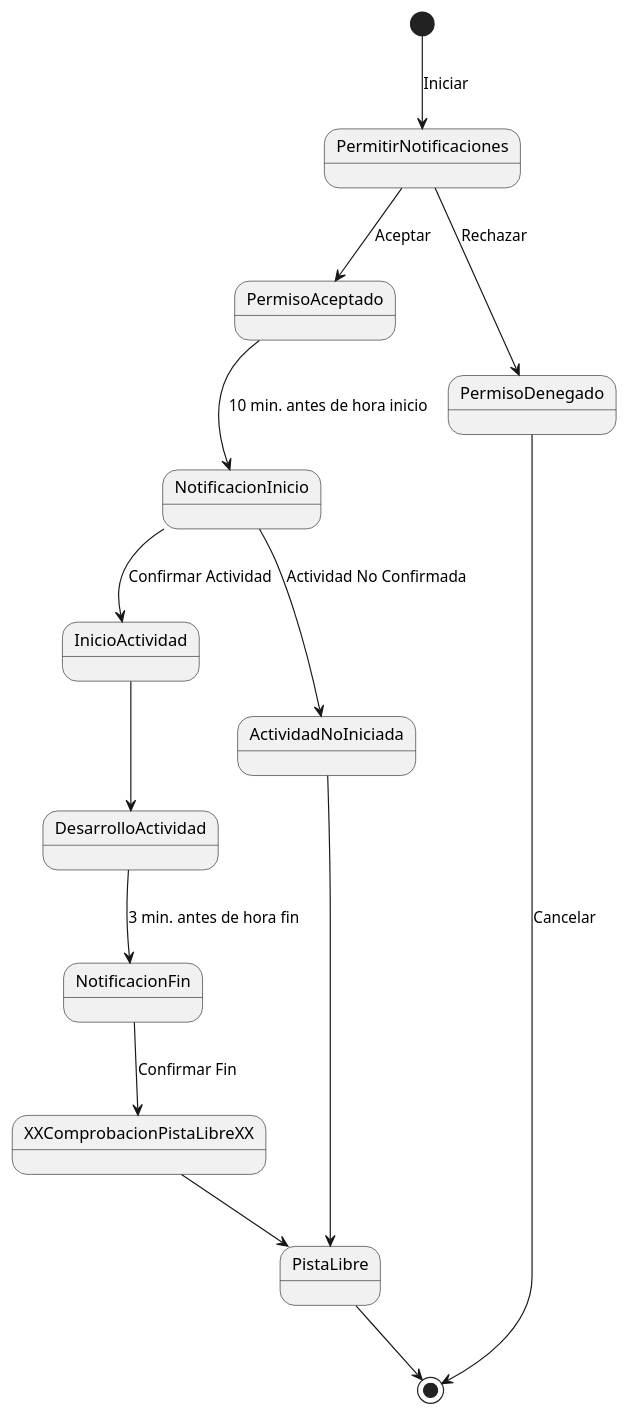
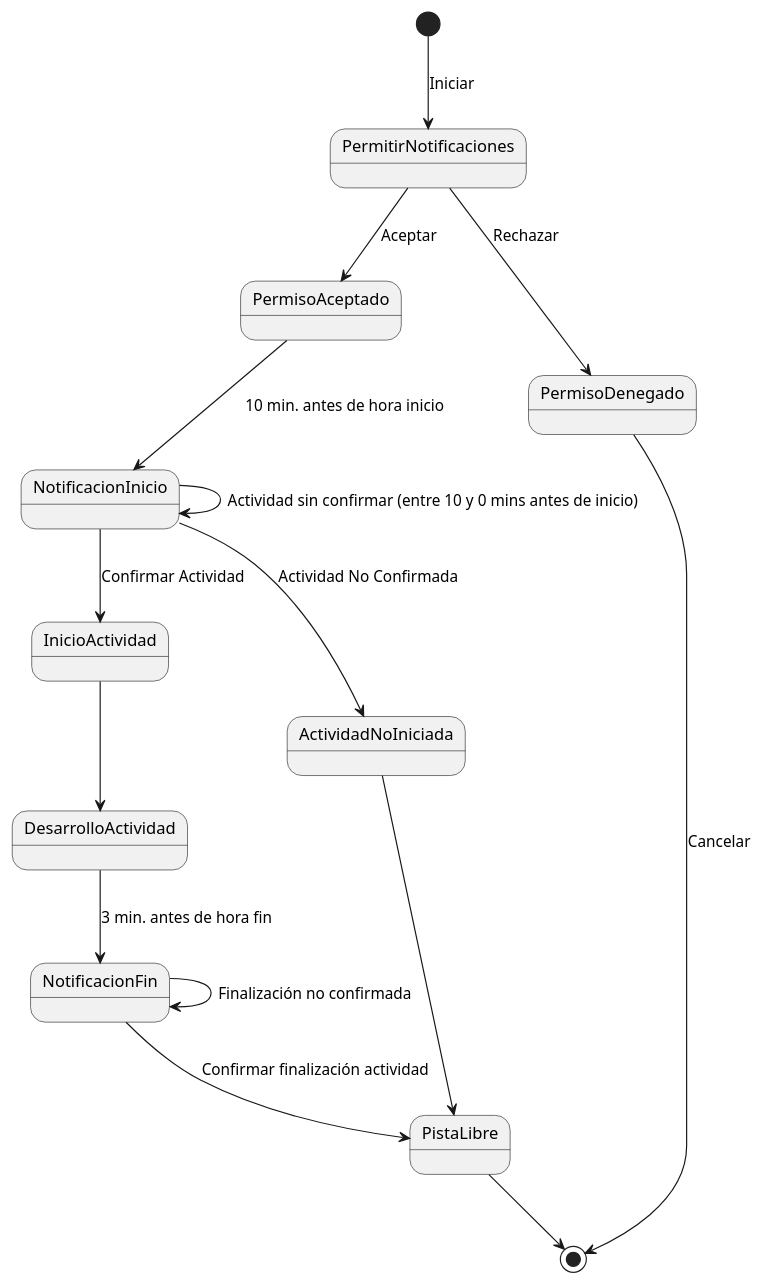
Before and after one commit to pablarce/23-24-IdSw1-SDR: the diagram in CasosDeUso/Procesos/CduNotificar/diagramaDeEstados.puml, drawn with PlantUML. The commit also changed 4 other files, not shown here.

Commit message:
Diagramas de caso de uso Notificar

```diff
--- a/CasosDeUso/Procesos/CduNotificar/diagramaDeEstados.puml
+++ b/CasosDeUso/Procesos/CduNotificar/diagramaDeEstados.puml
@@ -1,15 +1,16 @@
 @startuml Notificar
 [*] --> PermitirNotificaciones : Iniciar
 PermitirNotificaciones --> PermisoAceptado : Aceptar
 PermitirNotificaciones --> PermisoDenegado : Rechazar
 PermisoAceptado --> NotificacionInicio : 10 min. antes de hora inicio
 NotificacionInicio --> InicioActividad : Confirmar Actividad
+NotificacionInicio --> NotificacionInicio : Actividad sin confirmar (entre 10 y 0 mins antes de inicio)
 InicioActividad --> DesarrolloActividad
 DesarrolloActividad --> NotificacionFin : 3 min. antes de hora fin
-NotificacionFin --> XXComprobacionPistaLibreXX : Confirmar Fin
-XXComprobacionPistaLibreXX --> PistaLibre
+NotificacionFin --> NotificacionFin : Finalización no confirmada 
+NotificacionFin --> PistaLibre : Confirmar finalización actividad 
 NotificacionInicio --> ActividadNoIniciada : Actividad No Confirmada
 ActividadNoIniciada --> PistaLibre
 PistaLibre --> [*]
 PermisoDenegado --> [*] : Cancelar
 @enduml
```
